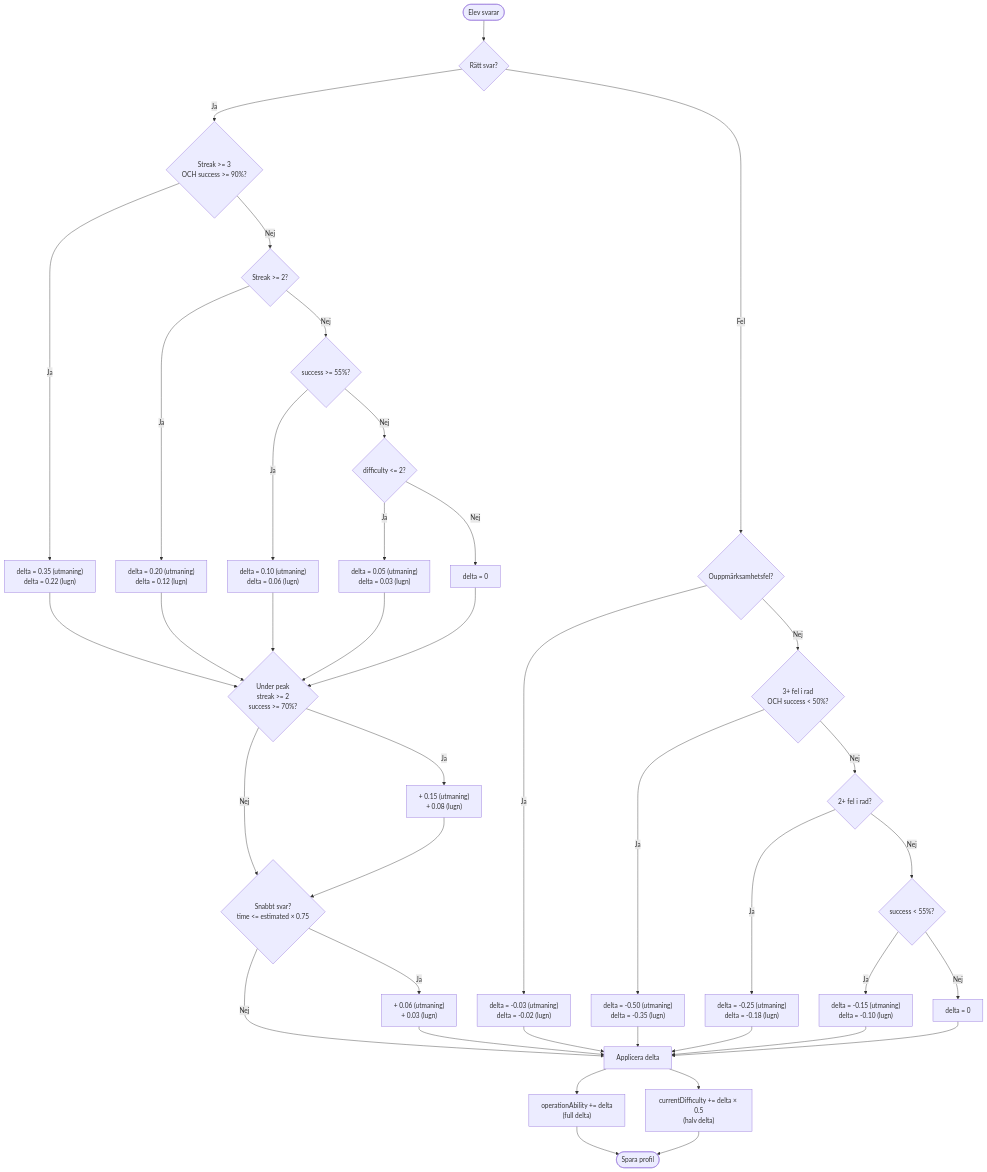
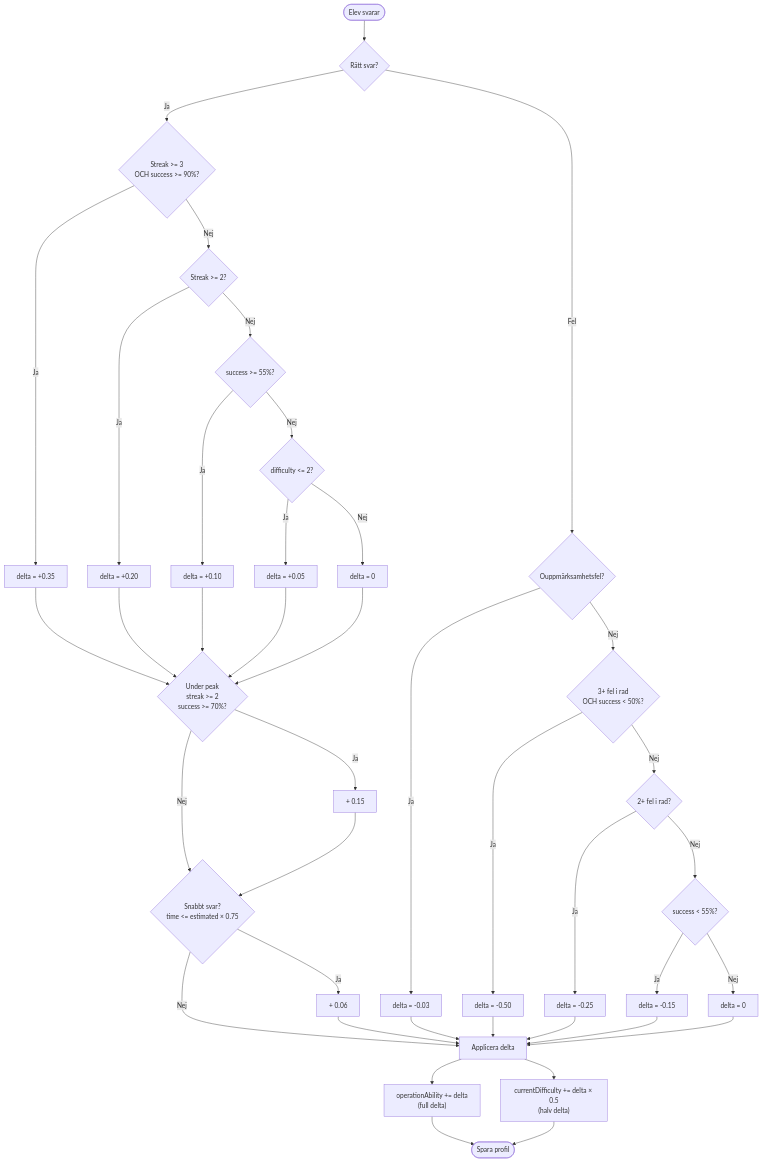
The fourth of 13 diagrams in docs/data-flow.md (ximonse/sequential_math), drawn with Mermaid before and after one commit. The commit also changed other lines of this file and 7 other files, not shown here.

````diff
--- a/docs/data-flow.md
+++ b/docs/data-flow.md
@@ -218,40 +218,40 @@
 ```mermaid
 flowchart TD
     Answer([Elev svarar]) --> Correct{Rätt svar?}
 
     Correct -->|Ja| StreakCheck{Streak >= 3<br/>OCH success >= 90%?}
-    StreakCheck -->|Ja| Strong["delta = 0.35 (utmaning)<br/>delta = 0.22 (lugn)"]
+    StreakCheck -->|Ja| Strong["delta = +0.35"]
     StreakCheck -->|Nej| Streak2{Streak >= 2?}
-    Streak2 -->|Ja| StreakDelta["delta = 0.20 (utmaning)<br/>delta = 0.12 (lugn)"]
+    Streak2 -->|Ja| StreakDelta["delta = +0.20"]
     Streak2 -->|Nej| SuccCheck{success >= 55%?}
-    SuccCheck -->|Ja| Normal["delta = 0.10 (utmaning)<br/>delta = 0.06 (lugn)"]
+    SuccCheck -->|Ja| Normal["delta = +0.10"]
     SuccCheck -->|Nej| LowLevel{difficulty <= 2?}
-    LowLevel -->|Ja| LowDelta["delta = 0.05 (utmaning)<br/>delta = 0.03 (lugn)"]
+    LowLevel -->|Ja| LowDelta["delta = +0.05"]
     LowLevel -->|Nej| Zero["delta = 0"]
 
     Strong & StreakDelta & Normal & LowDelta & Zero --> Comeback{Under peak<br/>streak >= 2<br/>success >= 70%?}
-    Comeback -->|Ja| ComebackAdd["+ 0.15 (utmaning)<br/>+ 0.08 (lugn)"]
+    Comeback -->|Ja| ComebackAdd["+ 0.15"]
     Comeback -->|Nej| SpeedCheck
 
     ComebackAdd --> SpeedCheck{Snabbt svar?<br/>time <= estimated × 0.75}
-    SpeedCheck -->|Ja| SpeedAdd["+ 0.06 (utmaning)<br/>+ 0.03 (lugn)"]
+    SpeedCheck -->|Ja| SpeedAdd["+ 0.06"]
     SpeedCheck -->|Nej| Apply
 
     SpeedAdd --> Apply
 
     Correct -->|Fel| ErrType{Ouppmärksamhetsfel?}
-    ErrType -->|Ja| Inattention["delta = -0.03 (utmaning)<br/>delta = -0.02 (lugn)"]
+    ErrType -->|Ja| Inattention["delta = -0.03"]
     ErrType -->|Nej| ErrCount{3+ fel i rad<br/>OCH success < 50%?}
-    ErrCount -->|Ja| HardDown["delta = -0.50 (utmaning)<br/>delta = -0.35 (lugn)"]
+    ErrCount -->|Ja| HardDown["delta = -0.50"]
     ErrCount -->|Nej| Err2{2+ fel i rad?}
-    Err2 -->|Ja| MidDown["delta = -0.25 (utmaning)<br/>delta = -0.18 (lugn)"]
+    Err2 -->|Ja| MidDown["delta = -0.25"]
     Err2 -->|Nej| SoftCheck{success < 55%?}
-    SoftCheck -->|Ja| SoftDown["delta = -0.15 (utmaning)<br/>delta = -0.10 (lugn)"]
+    SoftCheck -->|Ja| SoftDown["delta = -0.15"]
     SoftCheck -->|Nej| NoDelta["delta = 0"]
 
     Inattention & HardDown & MidDown & SoftDown & NoDelta --> Apply
 
     Apply[Applicera delta] --> OpAbility["operationAbility += delta<br/>(full delta)"]
     Apply --> Global["currentDifficulty += delta × 0.5<br/>(halv delta)"]
     OpAbility & Global --> Save([Spara profil])
 ```
````
